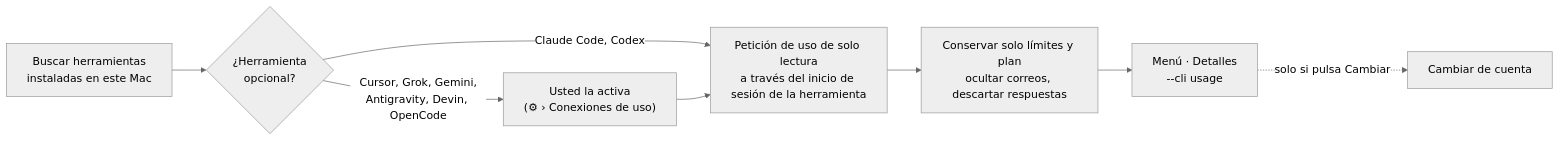
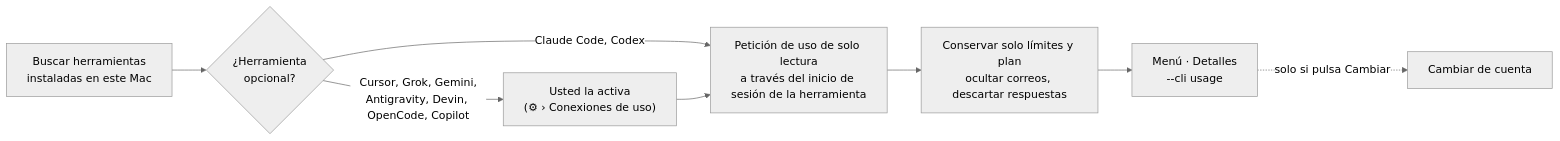
Before and after one commit to deximple/usageswitch: the diagram in README.es.md, drawn with Mermaid (neutral theme). The commit also changed other lines of this file and 89 other files, not shown here.

````diff
--- a/README.es.md
+++ b/README.es.md
@@ -301,10 +304,10 @@
 ```mermaid
 flowchart LR
     A["Buscar herramientas<br/>instaladas en este Mac"] --> B{"¿Herramienta<br/>opcional?"}
     B -- "Claude Code, Codex" --> D
-    B -- "Cursor, Grok, Gemini,<br/>Antigravity, Devin, OpenCode" --> C["Usted la activa<br/>(⚙︎ › Conexiones de uso)"]
+    B -- "Cursor, Grok, Gemini,<br/>Antigravity, Devin, OpenCode, Copilot" --> C["Usted la activa<br/>(⚙︎ › Conexiones de uso)"]
     C --> D["Petición de uso de solo lectura<br/>a través del inicio de sesión de la herramienta"]
     D --> E["Conservar solo límites y plan<br/>ocultar correos, descartar respuestas"]
     E --> F["Menú · Detalles<br/>--cli usage"]
     F -. "solo si pulsa Cambiar" .-> G["Cambiar de cuenta"]
 ```
````
